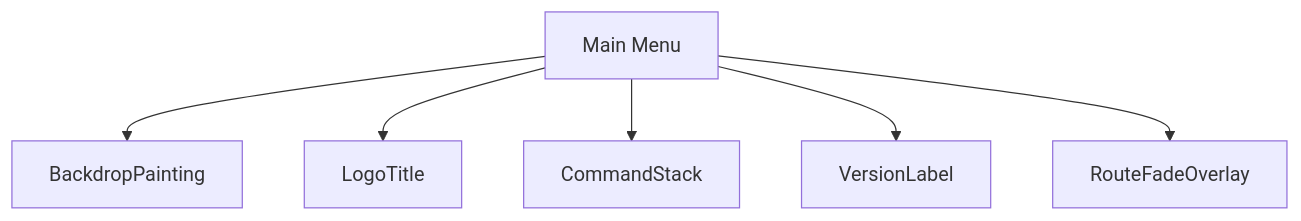
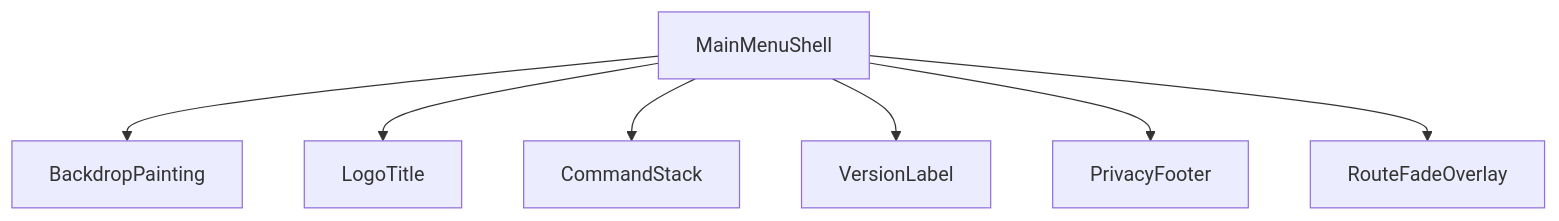
Before and after one commit to SunaNoOshiro/Heroes_Reforged_AI_Realms: the first of 5 diagrams in docs/architecture/wiki/screens/01-main-menu/architecture.md, drawn with Mermaid. The commit also changed other lines of this file and 518 other files, not shown here.

First line of the commit message:
Add doc-audit skill and sweep architecture/screen docs

````diff
--- a/docs/architecture/wiki/screens/01-main-menu/architecture.md
+++ b/docs/architecture/wiki/screens/01-main-menu/architecture.md
@@ -16,14 +27,10 @@
 ```mermaid
 flowchart TD
-  Root["Main Menu"]
-  C0["BackdropPainting"]
-  Root --> C0
-  C1["LogoTitle"]
-  Root --> C1
-  C2["CommandStack"]
-  Root --> C2
-  C3["VersionLabel"]
-  Root --> C3
-  C4["RouteFadeOverlay"]
-  Root --> C4
+  Root["MainMenuShell"]
+  Root --> C0["BackdropPainting"]
+  Root --> C1["LogoTitle"]
+  Root --> C2["CommandStack"]
+  Root --> C3["VersionLabel"]
+  Root --> C4["PrivacyFooter"]
+  Root --> C5["RouteFadeOverlay"]
 ```
````
